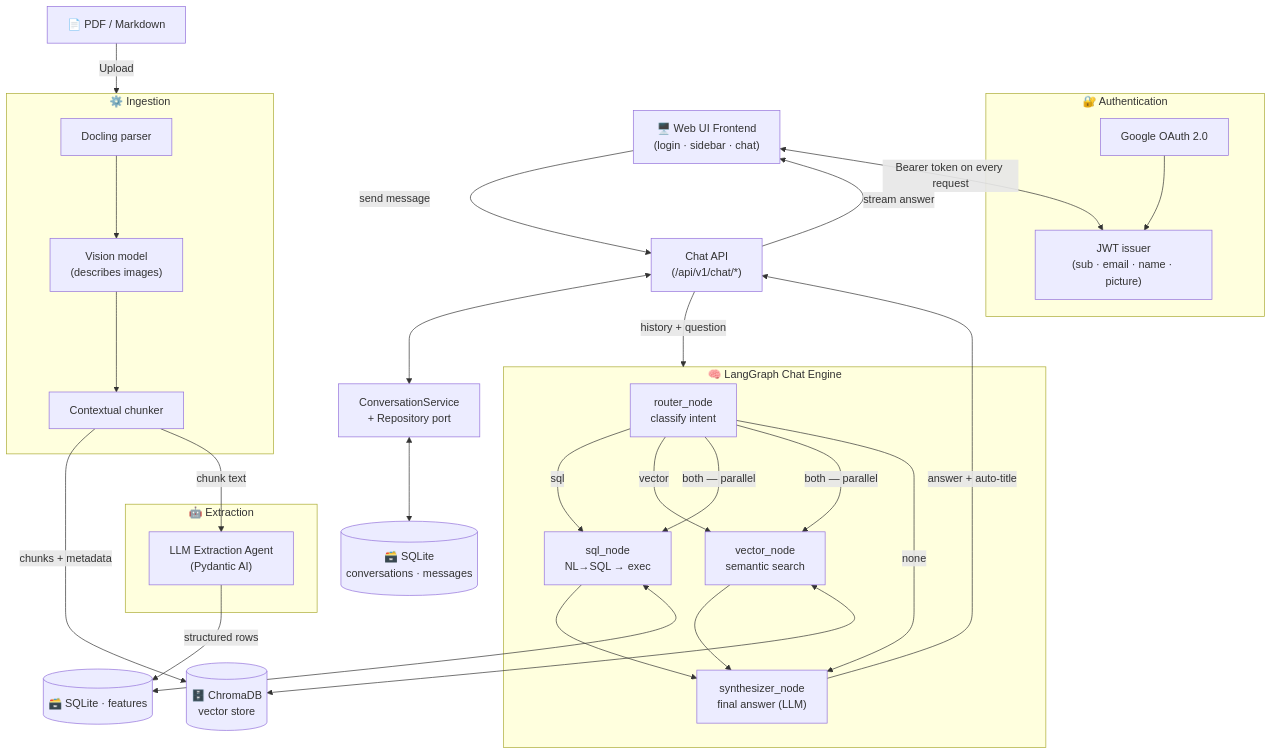
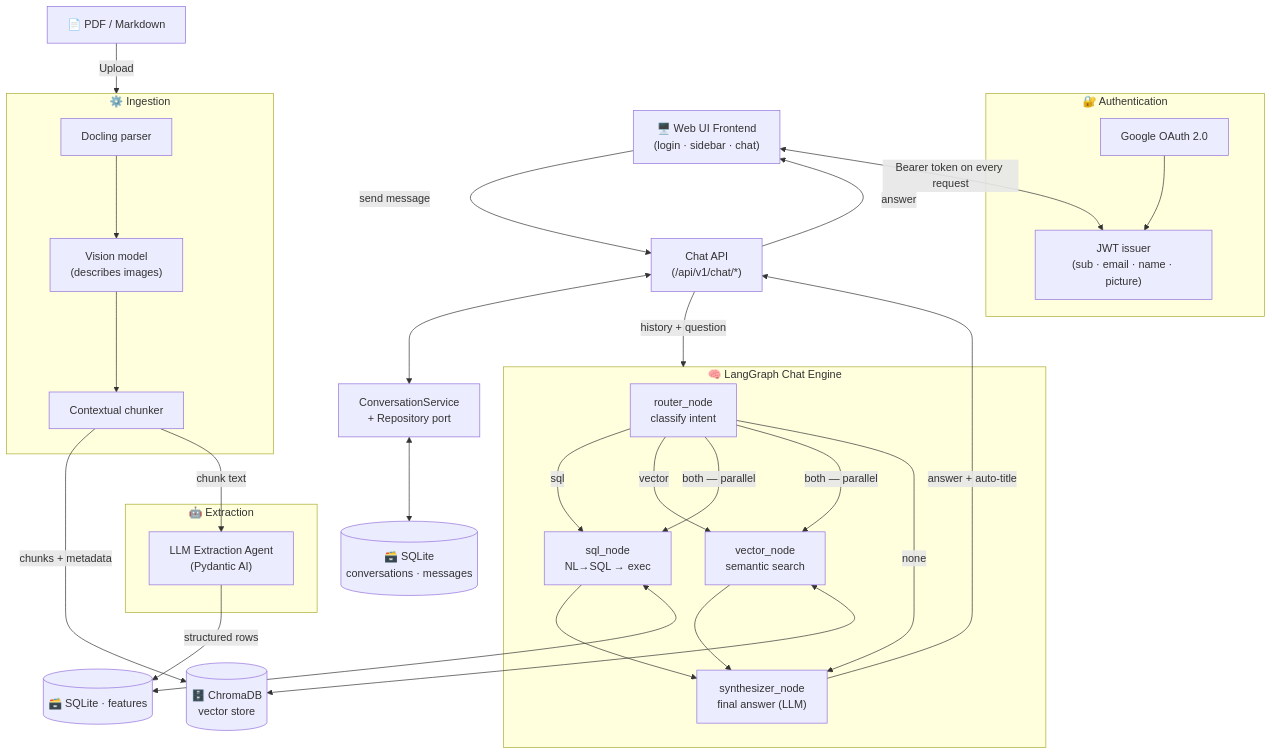
One commit to rioooranteai/argos changed the diagram in README.md. Above: the diagram before and after it, drawn with Mermaid. The commit also changed other lines of this file, not shown here.

Commit message:
docs: align README with current chat flow and model config
- Chat API returns the full answer (not streamed); fix diagram label
- Mention the cheaper router model (OPENAI_ROUTER_MODEL) vs
  OPENAI_CHAT_MODEL in the cost limitation note

````diff
--- a/README.md
+++ b/README.md
@@ -19,54 +19,54 @@
 ```mermaid
 flowchart TD
     %% ─── Client ───
     UI["🖥️ Web UI Frontend\n(login · sidebar · chat)"]
 
     %% ─── Auth ───
     subgraph AUTH ["🔐 Authentication"]
         GOOGLE["Google OAuth 2.0"]
         JWT["JWT issuer\n(sub · email · name · picture)"]
         GOOGLE --> JWT
     end
     UI <-->|Bearer token on every request| JWT
 
     %% ─── Ingestion + Extraction ───
     DOC["📄 PDF / Markdown"] -->|Upload| ING
     subgraph ING ["⚙️ Ingestion"]
         DOCLING["Docling parser"]
         VISION["Vision model\n(describes images)"]
         CHUNKER["Contextual chunker"]
         DOCLING --> VISION --> CHUNKER
     end
     CHUNKER -->|chunks + metadata| CHROMA[("🗄️ ChromaDB\nvector store")]
 
     subgraph EXT ["🤖 Extraction"]
         AGENT["LLM Extraction Agent\n(Pydantic AI)"]
     end
     CHUNKER -->|chunk text| AGENT
     AGENT -->|structured rows| FEATURES[("🗃️ SQLite · features")]
 
     %% ─── Conversation persistence ───
     UI -->|send message| CHATAPI["Chat API\n(/api/v1/chat/*)"]
     CHATAPI <--> CONVSVC["ConversationService\n+ Repository port"]
     CONVSVC <--> CONVDB[("🗃️ SQLite\nconversations · messages")]
 
     %% ─── Hybrid retrieval graph ───
     CHATAPI -->|history + question| GRAPH
     subgraph GRAPH ["🧠 LangGraph Chat Engine"]
         ROUTER["router_node\nclassify intent"]
         SQLN["sql_node\nNL→SQL → exec"]
         VECN["vector_node\nsemantic search"]
         SYNTH["synthesizer_node\nfinal answer (LLM)"]
         ROUTER -->|sql| SQLN
         ROUTER -->|vector| VECN
         ROUTER -->|both — parallel| SQLN
         ROUTER -->|both — parallel| VECN
         ROUTER -->|none| SYNTH
         SQLN --> SYNTH
         VECN --> SYNTH
     end
     SQLN <--> FEATURES
     VECN <--> CHROMA
     SYNTH -->|answer + auto-title| CHATAPI
-    CHATAPI -->|stream answer| UI
+    CHATAPI -->|answer| UI
 ```
````
